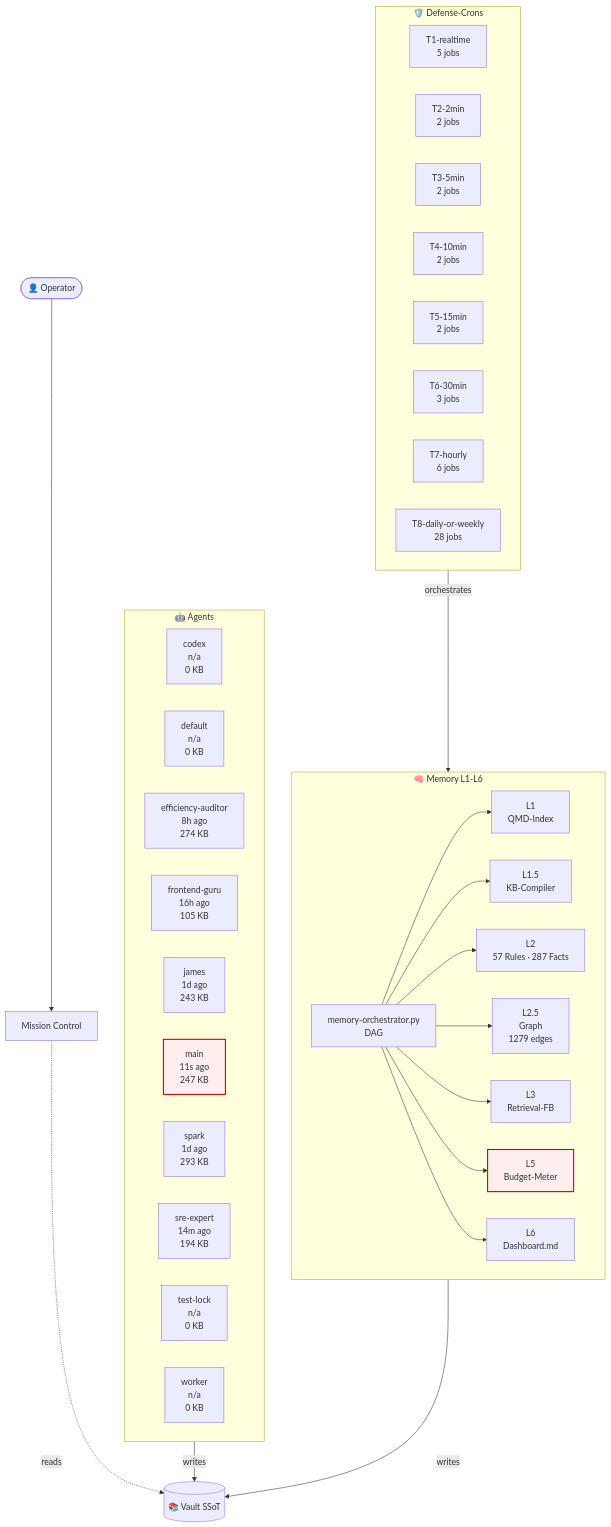
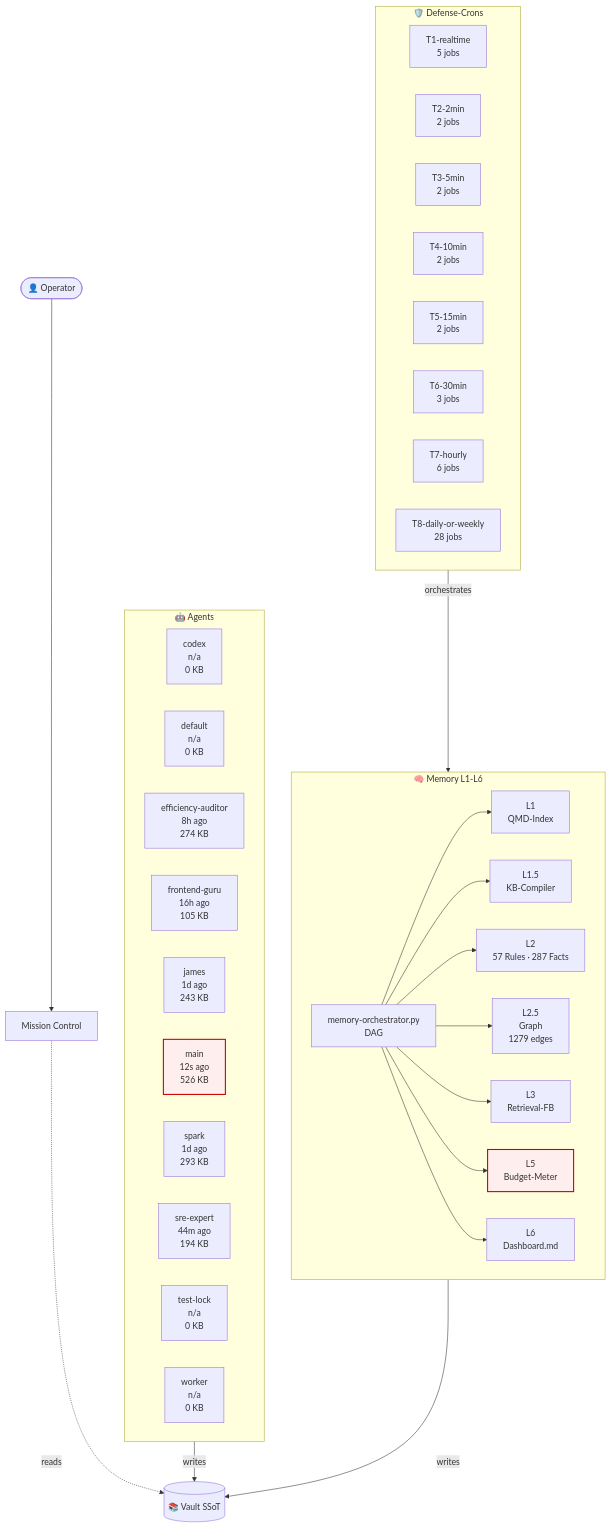
The diagram in 03-Agents/architecture-live.md (lenardhuebner88-rgb/openclaw-memory), drawn with Mermaid before and after one commit. The commit also changed other lines of this file and 14 other files, not shown here.

````diff
--- a/03-Agents/architecture-live.md
+++ b/03-Agents/architecture-live.md
@@ -18,53 +18,53 @@
 ```mermaid
 flowchart TB
     classDef critical fill:#fee,stroke:#c00,stroke-width:2px;
     subgraph AGT["🤖 Agents"]
         agent_codex["codex<br/>n/a<br/>0 KB"]
         agent_default["default<br/>n/a<br/>0 KB"]
         agent_efficiency_auditor["efficiency-auditor<br/>8h ago<br/>274 KB"]
         agent_frontend_guru["frontend-guru<br/>16h ago<br/>105 KB"]
         agent_james["james<br/>1d ago<br/>243 KB"]
-        agent_main["main<br/>11s ago<br/>247 KB"]
+        agent_main["main<br/>12s ago<br/>526 KB"]
         agent_spark["spark<br/>1d ago<br/>293 KB"]
-        agent_sre_expert["sre-expert<br/>14m ago<br/>194 KB"]
+        agent_sre_expert["sre-expert<br/>44m ago<br/>194 KB"]
         agent_test_lock["test-lock<br/>n/a<br/>0 KB"]
         agent_worker["worker<br/>n/a<br/>0 KB"]
     end
     subgraph MEM["🧠 Memory L1-L6"]
         L1["L1<br/>QMD-Index"]
         L15["L1.5<br/>KB-Compiler"]
         L2["L2<br/>57 Rules · 287 Facts"]
         L25["L2.5<br/>Graph<br/>1279 edges"]
         L3["L3<br/>Retrieval-FB"]
         L5["L5<br/>Budget-Meter"]
         L6["L6<br/>Dashboard.md"]
         ORCH["memory-orchestrator.py<br/>DAG"]
     end
     subgraph CRN["🛡️ Defense-Crons"]
         tier_T1_realtime["T1-realtime<br/>5 jobs"]
         tier_T2_2min["T2-2min<br/>2 jobs"]
         tier_T3_5min["T3-5min<br/>2 jobs"]
         tier_T4_10min["T4-10min<br/>2 jobs"]
         tier_T5_15min["T5-15min<br/>2 jobs"]
         tier_T6_30min["T6-30min<br/>3 jobs"]
         tier_T7_hourly["T7-hourly<br/>6 jobs"]
         tier_T8_daily_or_weekly["T8-daily-or-weekly<br/>28 jobs"]
     end
     VAULT[("📚 Vault SSoT")]
     OP([👤 Operator])
     MC["Mission Control"]
     OP --> MC
     MC -.reads.-> VAULT
     AGT -->|writes| VAULT
     MEM -->|writes| VAULT
     ORCH --> L1
     ORCH --> L15
     ORCH --> L2
     ORCH --> L25
     ORCH --> L3
     ORCH --> L5
     ORCH --> L6
     CRN -->|orchestrates| MEM
     class L5 critical
     class agent_main critical
 ```
````
